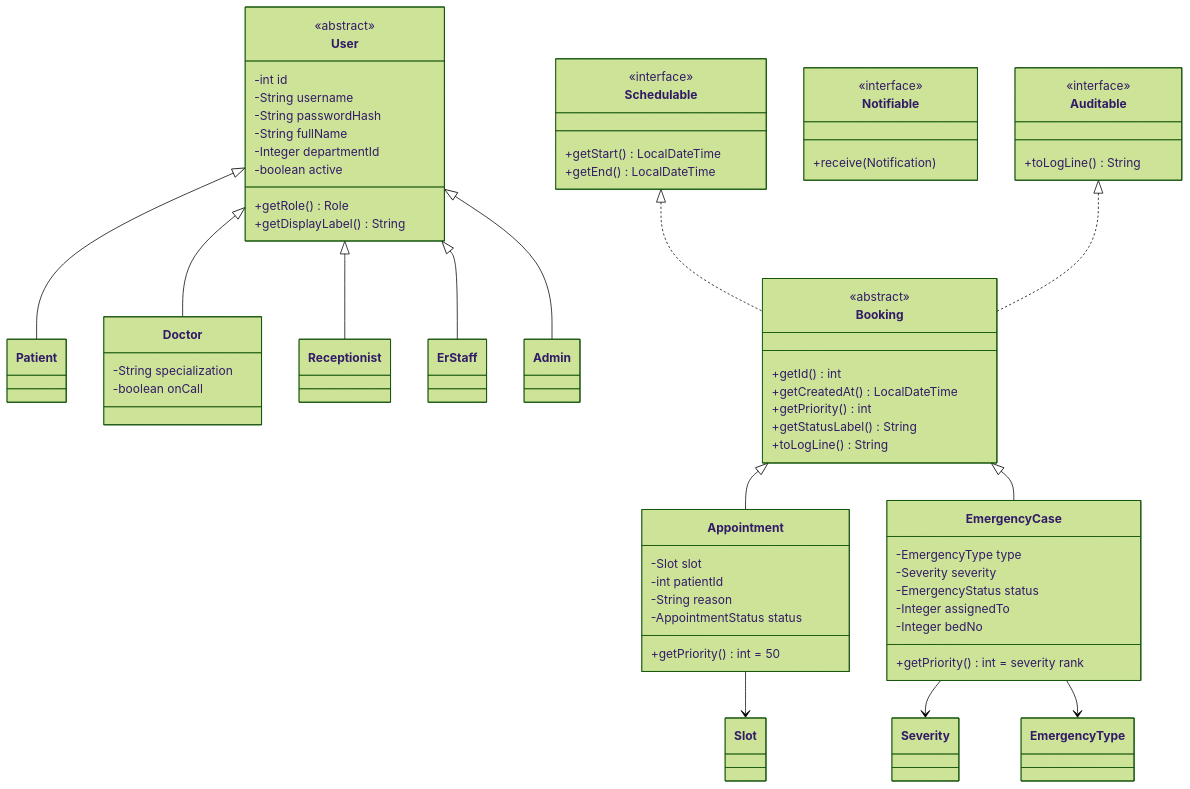
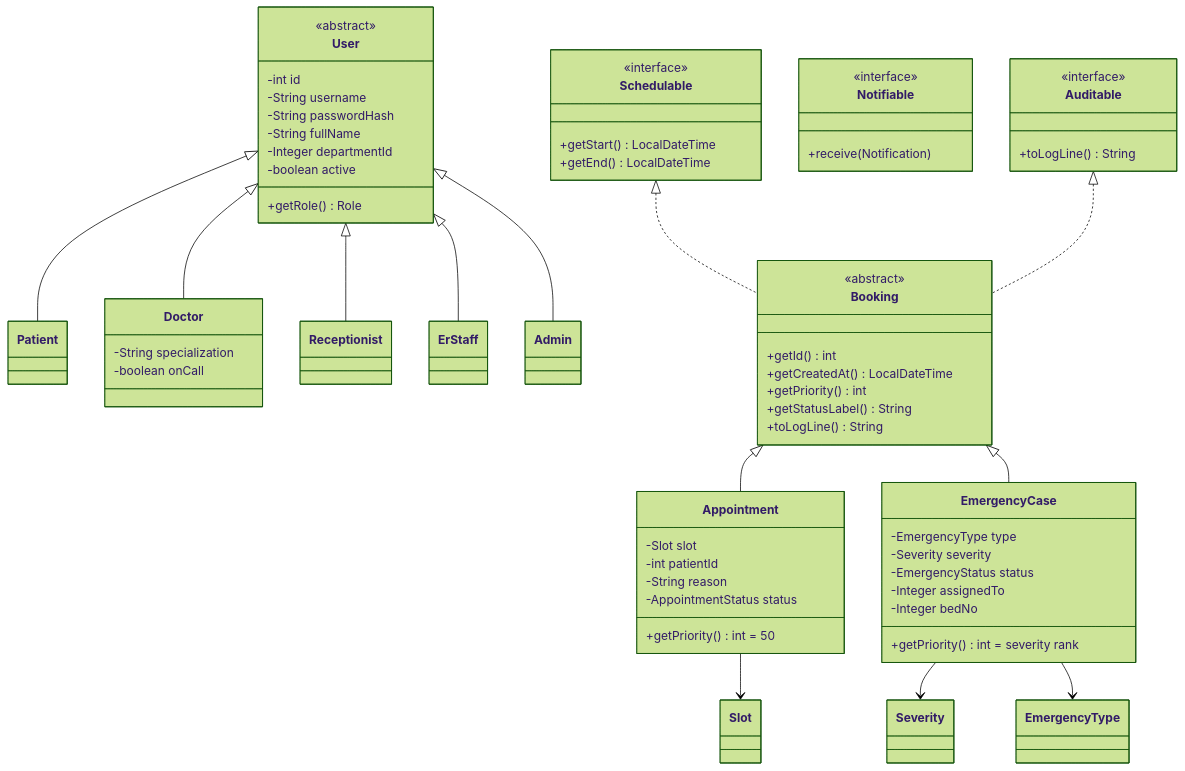
The second of 6 diagrams in docs/DESIGN.md (mevarx/JAVA-End-sem-project), drawn with Mermaid (forest theme) before and after one commit. The commit also changed other lines of this file and 47 other files, not shown here.

````diff
--- a/docs/DESIGN.md
+++ b/docs/DESIGN.md
@@ -78,71 +77,70 @@
 ```mermaid
 classDiagram
     class User {
         <<abstract>>
         -int id
         -String username
         -String passwordHash
         -String fullName
         -Integer departmentId
         -boolean active
         +getRole() Role
-        +getDisplayLabel() String
     }
     class Patient
     class Doctor {
         -String specialization
         -boolean onCall
     }
     class Receptionist
     class ErStaff
     class Admin
     User <|-- Patient
     User <|-- Doctor
     User <|-- Receptionist
     User <|-- ErStaff
     User <|-- Admin
 
     class Schedulable {
         <<interface>>
         +getStart() LocalDateTime
         +getEnd() LocalDateTime
     }
     class Notifiable {
         <<interface>>
         +receive(Notification)
     }
     class Auditable {
         <<interface>>
         +toLogLine() String
     }
     class Booking {
         <<abstract>>
         +getId() int
         +getCreatedAt() LocalDateTime
         +getPriority() int
         +getStatusLabel() String
         +toLogLine() String
     }
     class Appointment {
         -Slot slot
         -int patientId
         -String reason
         -AppointmentStatus status
         +getPriority() int = 50
     }
     class EmergencyCase {
         -EmergencyType type
         -Severity severity
         -EmergencyStatus status
         -Integer assignedTo
         -Integer bedNo
         +getPriority() int = severity rank
     }
     Schedulable <|.. Booking
     Auditable <|.. Booking
     Booking <|-- Appointment
     Booking <|-- EmergencyCase
     Appointment --> Slot
     EmergencyCase --> Severity
     EmergencyCase --> EmergencyType
 ```
````
